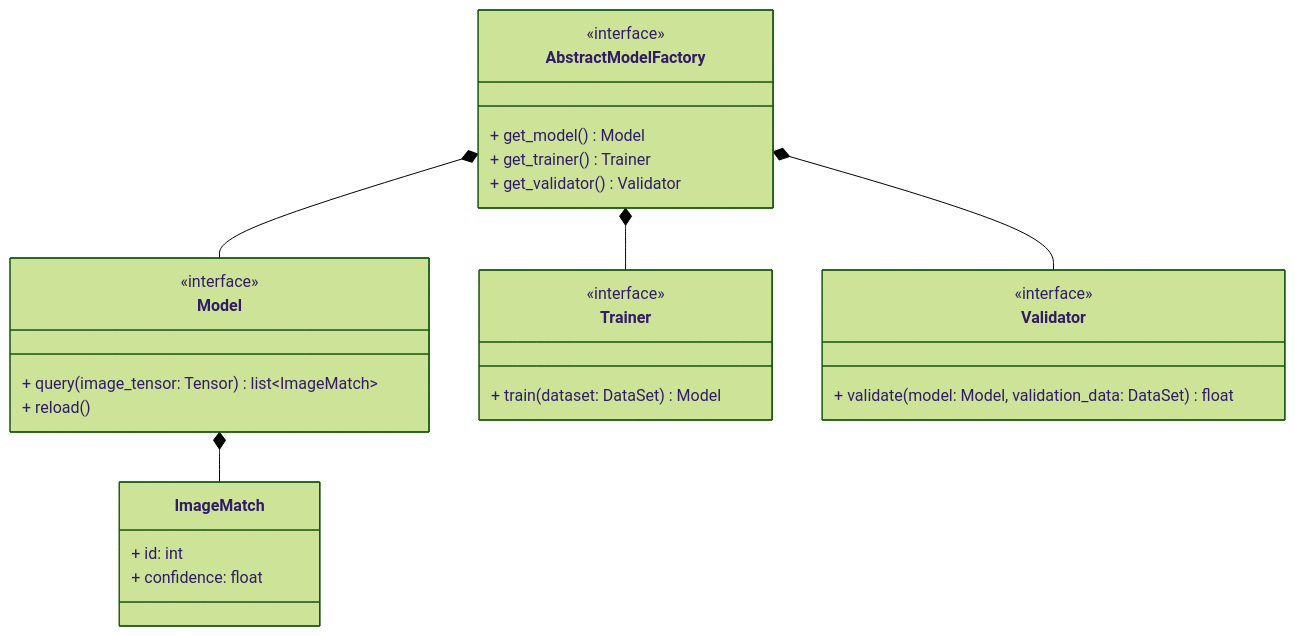
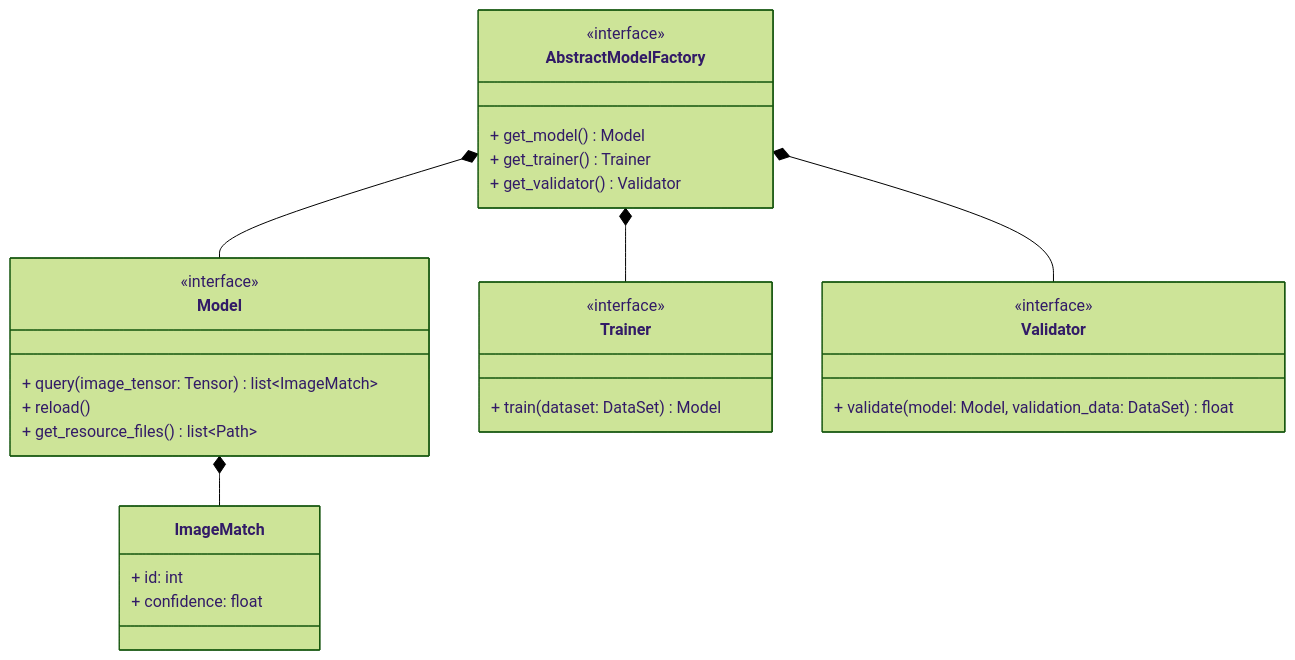
Before and after one commit to andyblarblar/transferware.ai: the fifth of 6 diagrams in docs/UML.md, drawn with Mermaid (forest theme). The commit also changed 1 other file, not shown here.

Commit message:
Add function to model

````diff
--- a/docs/UML.md
+++ b/docs/UML.md
@@ -116,35 +116,36 @@
 ```mermaid
 classDiagram
     class ImageMatch {
         + id: int
         + confidence: float
     }
     
     class Model {
         <<interface>>
         + query(image_tensor: Tensor) list~ImageMatch~
         + reload()
+        + get_resource_files() list~Path~
     }
     
     class Trainer {
         <<interface>>
         + train(dataset: DataSet) Model
     }
     
     class Validator {
         <<interface>>
         + validate(model: Model, validation_data: DataSet) float
     }
     
     class AbstractModelFactory {
         <<interface>>
         + get_model() Model
         + get_trainer() Trainer
         + get_validator() Validator
     }
     
     Model *-- ImageMatch
     AbstractModelFactory *-- Model
     AbstractModelFactory *-- Trainer
     AbstractModelFactory *-- Validator
 ```
````
